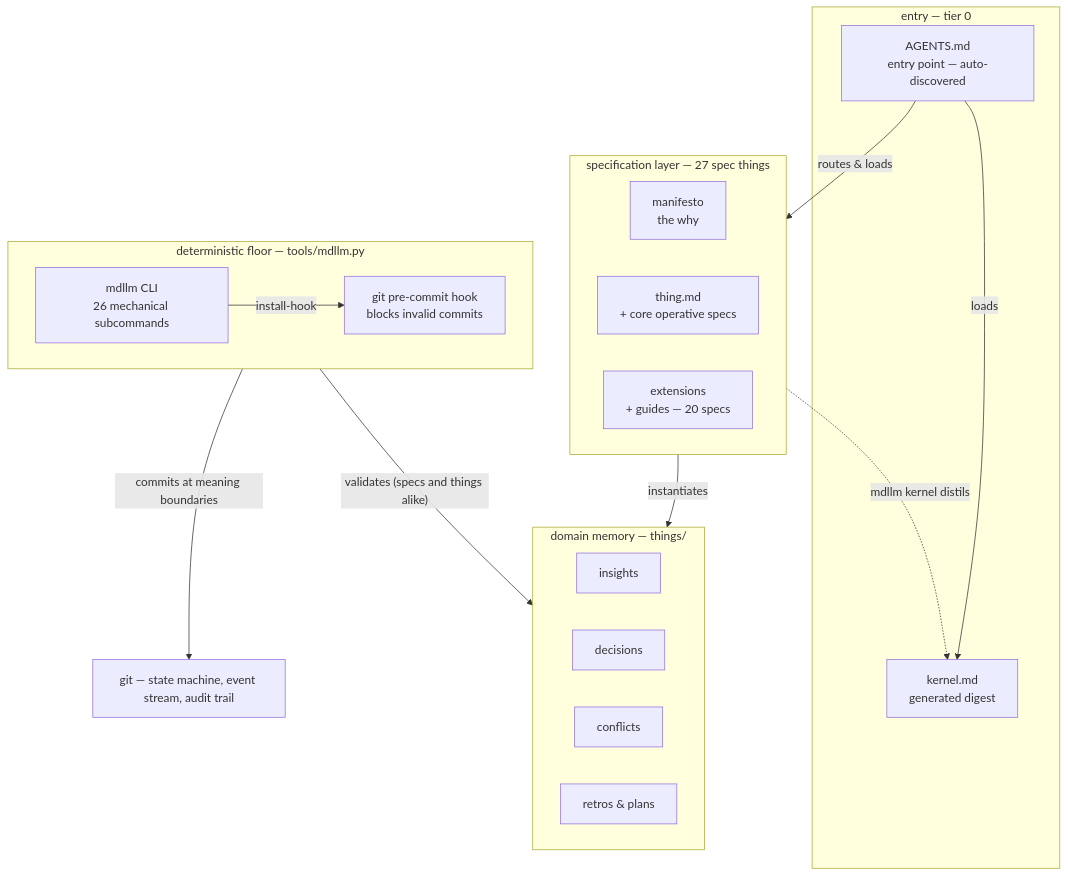
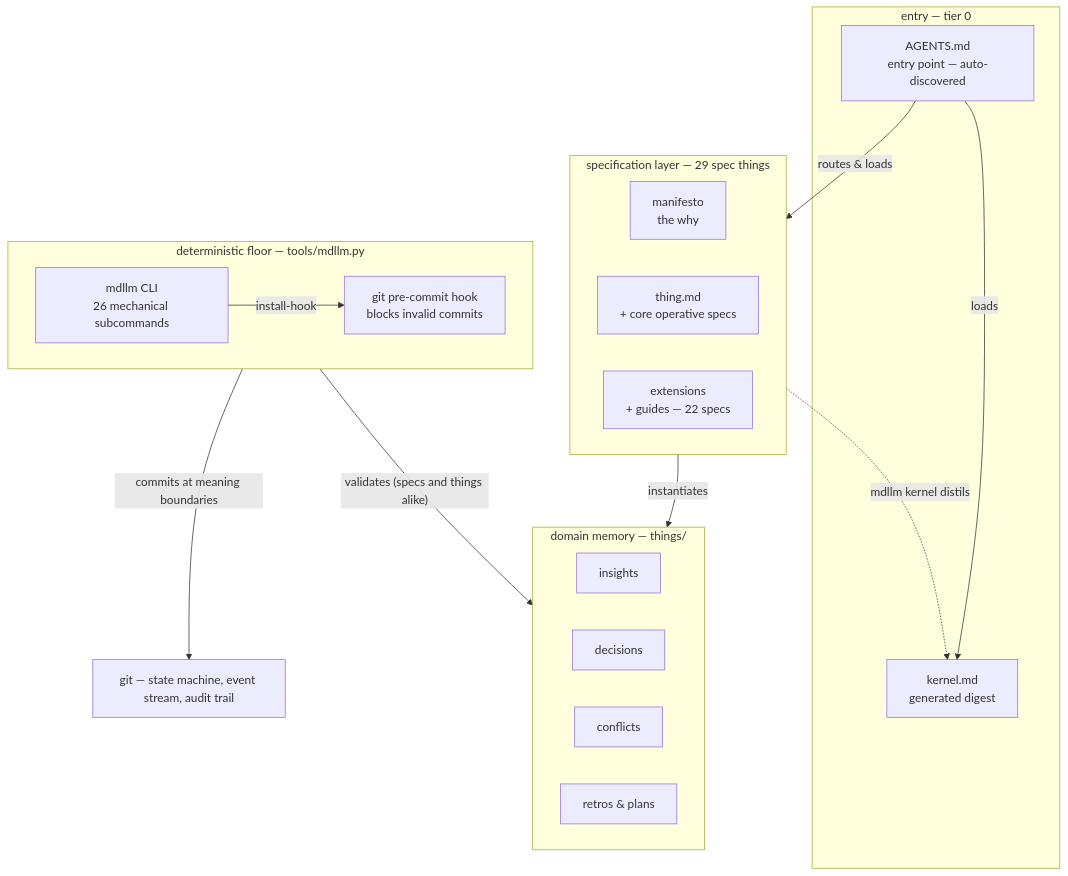
Before and after one commit to JanoshMoshiri/MarkdownLLM: the first of 4 diagrams in docs/framework-map.md, drawn with Mermaid. The commit also changed other lines of this file and 7 other files, not shown here.

````diff
--- a/docs/framework-map.md
+++ b/docs/framework-map.md
@@ -54,31 +54,31 @@
 ```mermaid
 flowchart TD
     subgraph entry ["entry — tier 0"]
         AGENTS["AGENTS.md<br/>entry point — auto-discovered"]
         KERNEL["kernel.md<br/>generated digest"]
     end
-    subgraph specs ["specification layer — 27 spec things"]
+    subgraph specs ["specification layer — 29 spec things"]
         MANIFESTO["manifesto<br/>the why"]
         THING["thing.md<br/>+ core operative specs"]
-        EXT["extensions<br/>+ guides — 20 specs"]
+        EXT["extensions<br/>+ guides — 22 specs"]
     end
     subgraph memory ["domain memory — things/"]
         INSIGHTS["insights"]
         DECISIONS["decisions"]
         CONFLICTS["conflicts"]
         RETROS["retros & plans"]
     end
     subgraph floor ["deterministic floor — tools/mdllm.py"]
         MDLLM["mdllm CLI<br/>26 mechanical subcommands"]
         HOOK["git pre-commit hook<br/>blocks invalid commits"]
     end
     GIT["git — state machine, event stream, audit trail"]
 
     AGENTS -->|loads| KERNEL
     AGENTS -->|routes & loads| specs
     specs -.->|"mdllm kernel distils"| KERNEL
     specs -->|instantiates| memory
     MDLLM -->|install-hook| HOOK
     floor -->|"validates (specs and things alike)"| memory
     floor -->|commits at meaning boundaries| GIT
 ```
````
